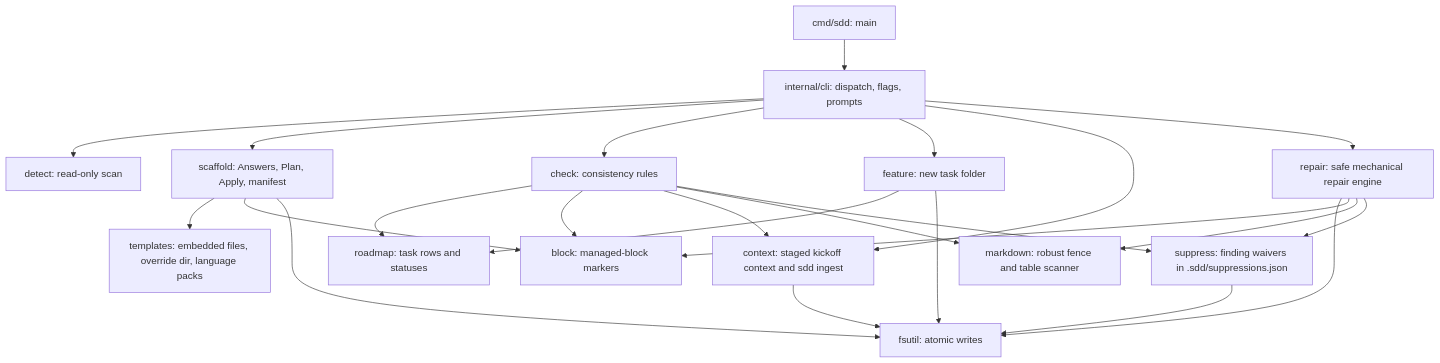
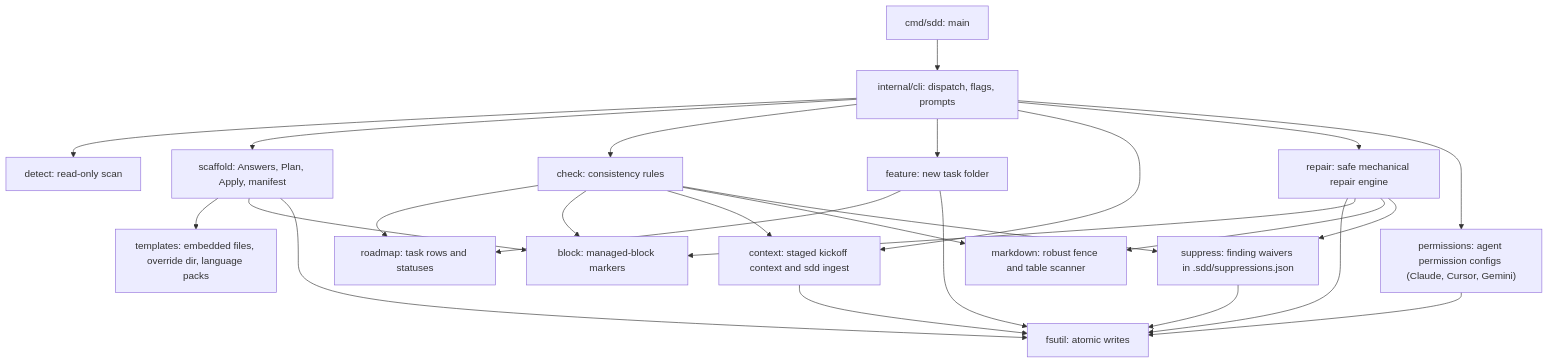
Before and after one commit to vikashkumar21/sdd: the diagram in TECH_STACK.md, drawn with Mermaid. The commit also changed other lines of this file and 14 other files, not shown here.

Commit message:
feat(permissions): add agent permission manifest generation (T-013)

````diff
--- a/TECH_STACK.md
+++ b/TECH_STACK.md
@@ -38,26 +38,28 @@
 ```mermaid
 flowchart TD
     M["cmd/sdd: main"] --> C["internal/cli: dispatch, flags, prompts"]
     C --> D["detect: read-only scan"]
     C --> S["scaffold: Answers, Plan, Apply, manifest"]
     S --> T["templates: embedded files, override dir, language packs"]
     S --> B["block: managed-block markers"]
     S --> U["fsutil: atomic writes"]
     C --> K["check: consistency rules"]
     K --> R["roadmap: task rows and statuses"]
     K --> B
     C --> F["feature: new task folder"]
     F --> R
     F --> U
     C --> X["context: staged kickoff context and sdd ingest"]
     X --> U
     K --> X
     K --> P["markdown: robust fence and table scanner"]
     K --> W["suppress: finding waivers in .sdd/suppressions.json"]
     C --> Y["repair: safe mechanical repair engine"]
     Y --> U
     Y --> B
     Y --> P
     Y --> W
     W --> U
+    C --> Z["permissions: agent permission configs (Claude, Cursor, Gemini)"]
+    Z --> U
 ```
````
